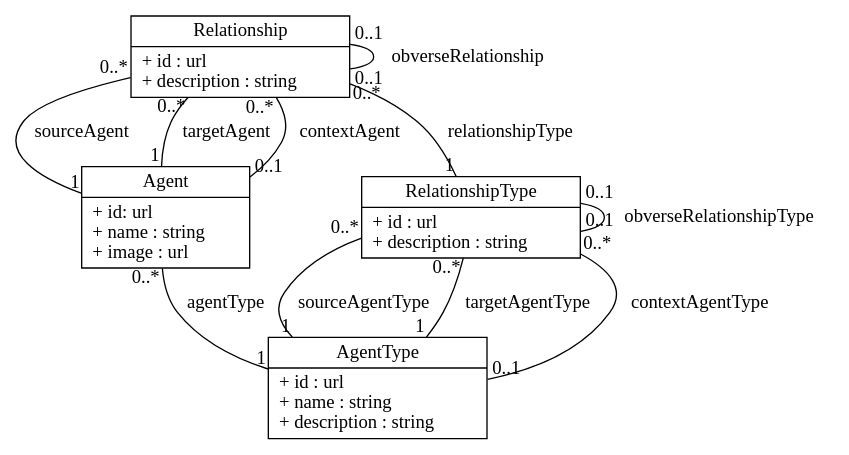
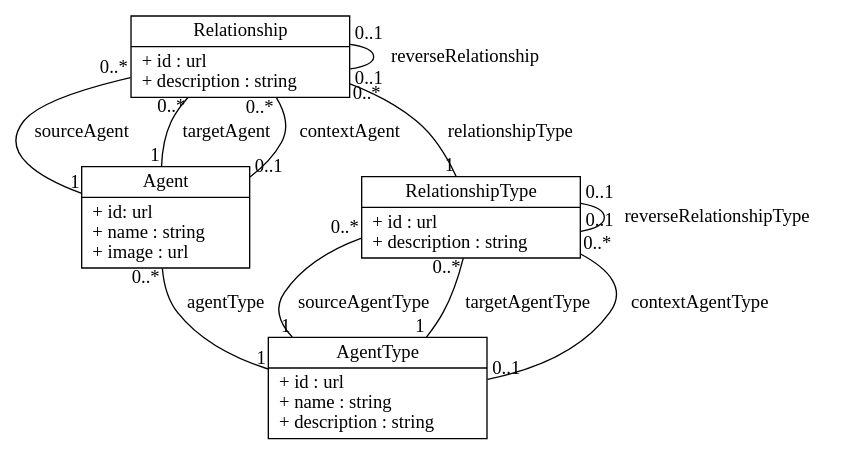
One commit to valueflows/agent changed the diagram in assets/uml.dot. Above: the diagram before and after it, drawn with Graphviz. The commit also changed 4 other files, not shown here.

First line of the commit message:
%s/obverse/reverse

```diff
--- a/assets/uml.dot
+++ b/assets/uml.dot
@@ -1,105 +1,105 @@
 // structure copied from
 // http://www.ffnn.nl/pages/articles/media/uml-diagrams-using-graphviz-dot.php
 
 digraph G {
   fontname = "Bitstream Vera Sans"
   fontsize = 14
 
   node [
     fontname = "Bitstream Vera Sans"
     fontsize = 14
     shape = "record"
   ]
 
   edge [
     fontname = "Bitstream Vera Sans"
     fontsize = 14
     arrowhead = "none"
   ]
 
   AgentType [
     label = "{AgentType|+ id : url\l+ name : string\l+ description : string\l}"
   ]
 
   Agent [
     label = "{Agent|+ id: url\l+ name : string\l+ image : url\l}"
   ]
 
   RelationshipType [
     label = "{RelationshipType|+ id : url\l+ description : string\l}"
   ]
 
   Relationship [
     label = "{Relationship|+ id : url\l+ description : string\l}"
   ]
 
   edge [
     headlabel = "1"
     taillabel = "0..*"
   ]
 
   edge[
     label = "sourceAgent"
   ]
   Relationship -> Agent
   edge [
     label = "targetAgent"
   ]
   Relationship -> Agent
 
   edge [
     headlabel = "0..1"
     label = "contextAgent"
   ]
   Relationship -> Agent
 
   edge [
     headlabel = "1"
     taillabel = "0..*"
   ]
 
   edge[
     label = "sourceAgentType"
   ]
   RelationshipType -> AgentType
   edge [
     label = "targetAgentType"
   ]
   RelationshipType -> AgentType
 
   edge [
     headlabel = "0..1"
     label = "contextAgentType"
   ]
   RelationshipType -> AgentType
 
   edge [
     headlabel = "1"
     taillabel = "0..*"
   ]
 
   edge [
     label = "relationshipType"
   ]
   Relationship -> RelationshipType
 
   edge [
     label = "agentType"
   ]
   Agent -> AgentType
 
   edge [
     headlabel = "0..1"
     taillabel = "0..1"
   ]
   
   edge [
-    label = "obverseRelationshipType"
+    label = "reverseRelationshipType"
   ]
   RelationshipType -> RelationshipType
 
   edge [
-    label = "obverseRelationship"
+    label = "reverseRelationship"
   ]
   Relationship -> Relationship
 }
```
